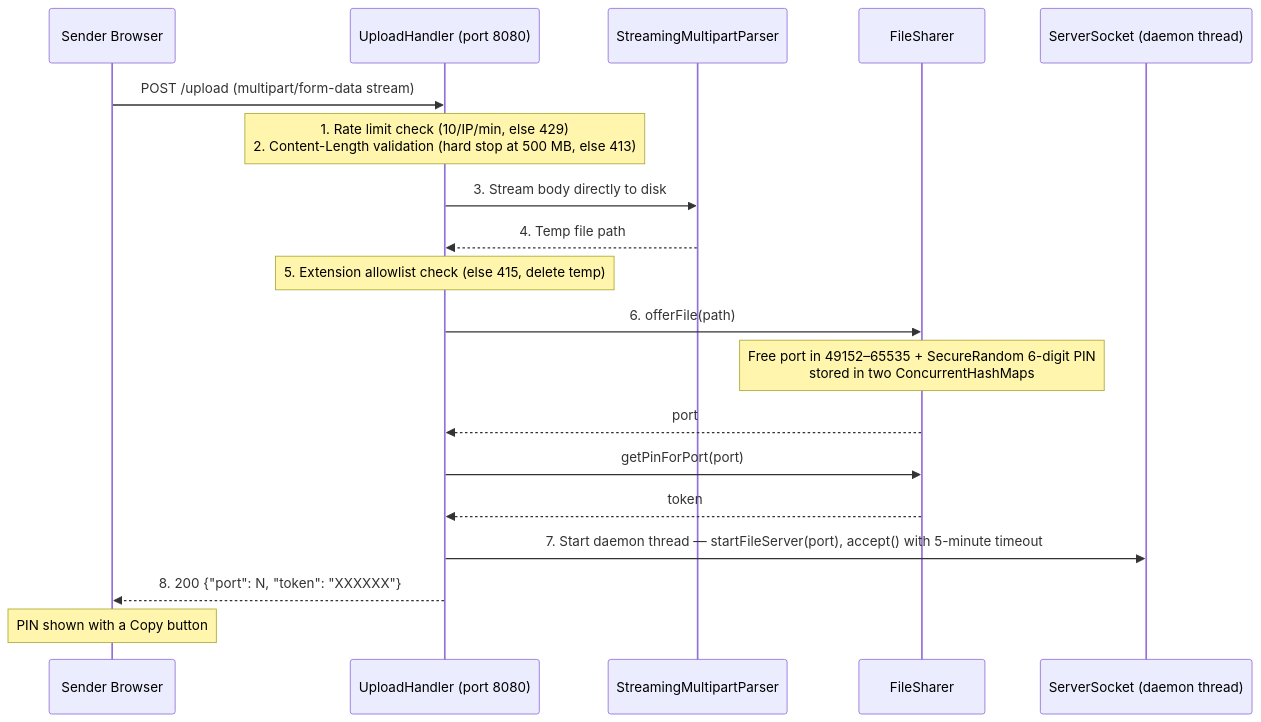
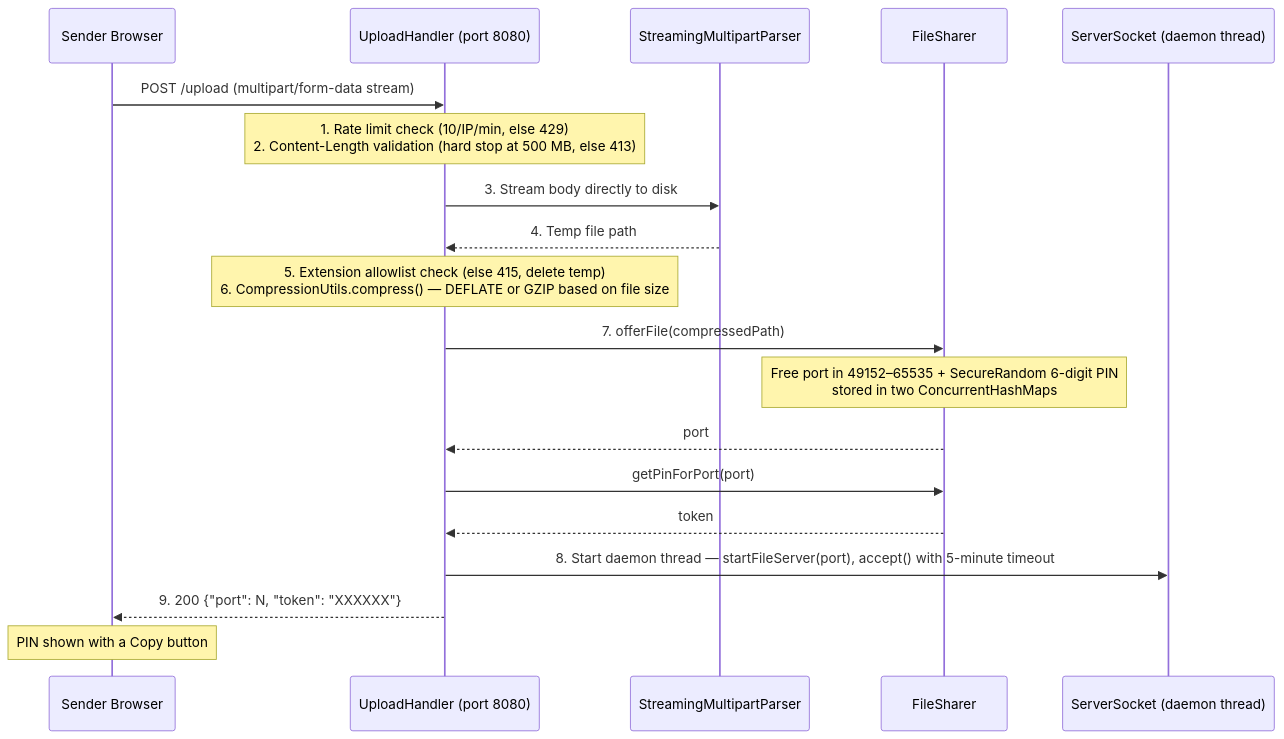
The third of 7 diagrams in README.md (utkarsh-gupta17/SwiftShare), drawn with Mermaid before and after one commit. The commit also changed other lines of this file and 3 other files, not shown here.

````diff
--- a/README.md
+++ b/README.md
@@ -174,22 +174,22 @@
 ```mermaid
 sequenceDiagram
     participant S as Sender Browser
     participant UH as UploadHandler (port 8080)
     participant SP as StreamingMultipartParser
     participant FS as FileSharer
     participant SS as ServerSocket (daemon thread)
 
     S->>UH: POST /upload (multipart/form-data stream)
     Note over UH: 1. Rate limit check (10/IP/min, else 429)<br/>2. Content-Length validation (hard stop at 500 MB, else 413)
     UH->>SP: 3. Stream body directly to disk
     SP-->>UH: 4. Temp file path
-    Note over UH: 5. Extension allowlist check (else 415, delete temp)
-    UH->>FS: 6. offerFile(path)
+    Note over UH: 5. Extension allowlist check (else 415, delete temp)<br/>6. CompressionUtils.compress() — DEFLATE or GZIP based on file size
+    UH->>FS: 7. offerFile(compressedPath)
     Note over FS: Free port in 49152–65535 + SecureRandom 6-digit PIN<br/>stored in two ConcurrentHashMaps
     FS-->>UH: port
     UH->>FS: getPinForPort(port)
     FS-->>UH: token
-    UH->>SS: 7. Start daemon thread — startFileServer(port), accept() with 5-minute timeout
-    UH-->>S: 8. 200 {"port": N, "token": "XXXXXX"}
+    UH->>SS: 8. Start daemon thread — startFileServer(port), accept() with 5-minute timeout
+    UH-->>S: 9. 200 {"port": N, "token": "XXXXXX"}
     Note over S: PIN shown with a Copy button
 ```
````
